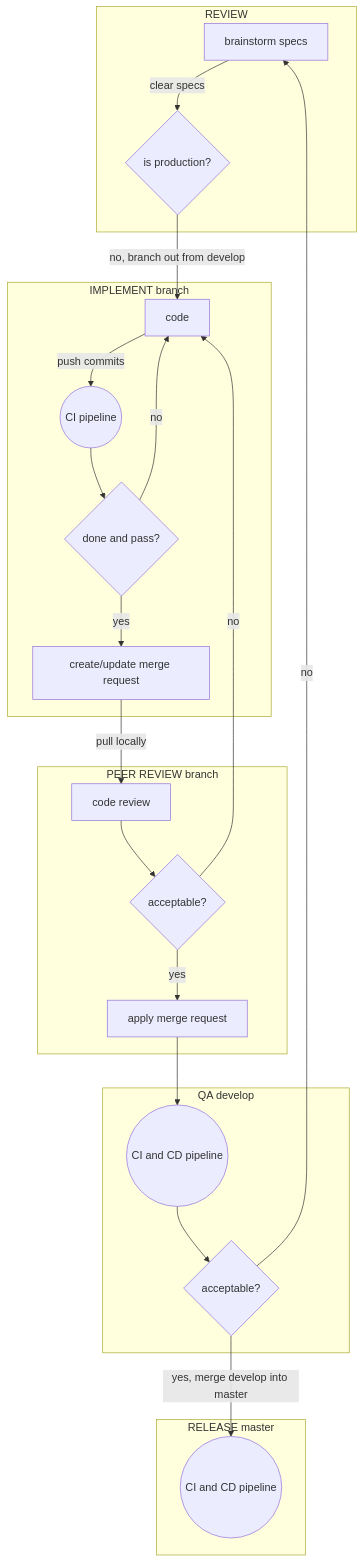
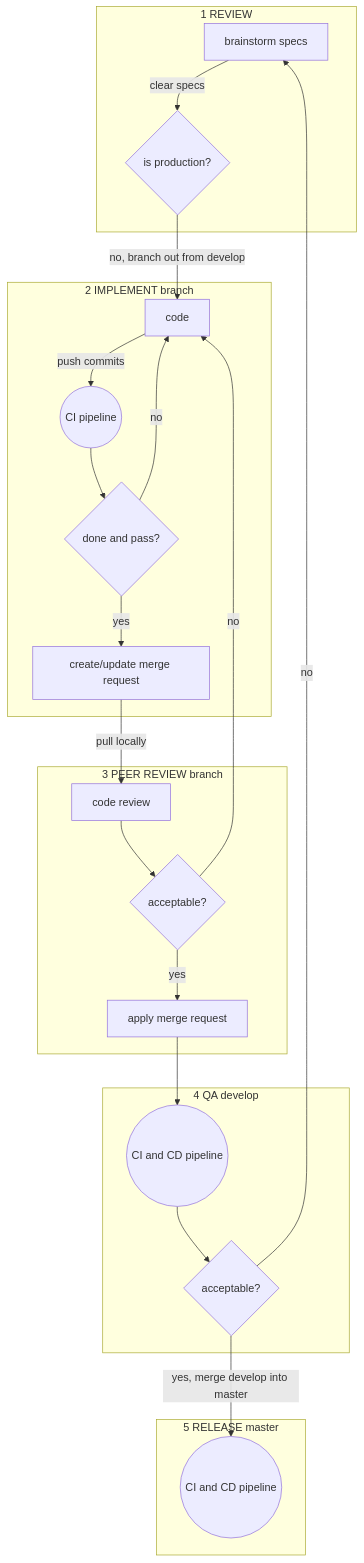
Before and after one commit to mmiranda222/.statsuite: the fourth of 4 diagrams in MANIFEST.md, drawn with Mermaid. The commit also changed other lines of this file, not shown here.

````diff
--- a/MANIFEST.md
+++ b/MANIFEST.md
@@ -58,31 +66,31 @@
 ```mermaid
 graph TB
-    subgraph REVIEW
+    subgraph 1 REVIEW
     O[brainstorm specs] -->|clear specs| P{is production?}
     end
     
-    subgraph IMPLEMENT branch
+    subgraph 2 IMPLEMENT branch
     P -->|no, branch out from develop| C[code]
     C -->|push commits| Z((CI pipeline))
     Z --> X{done and pass?}
     X -->|yes| G["create/update merge request"]
     X -->|no| C
     end
     
-    subgraph PEER REVIEW branch
+    subgraph 3 PEER REVIEW branch
     G -->|pull locally| L[code review]
     L --> M{acceptable?}
     M -->|yes| I[apply merge request]
     M -->|no| C
     end
     
-    subgraph QA develop
+    subgraph 4 QA develop
     I --> Y((CI and CD pipeline))
     Y --> Q{acceptable?}
     Q -->|no| O
     end
     
-    subgraph RELEASE master
+    subgraph 5 RELEASE master
     Q -->|yes, merge develop into master| W((CI and CD pipeline))
     end
 ```
````
